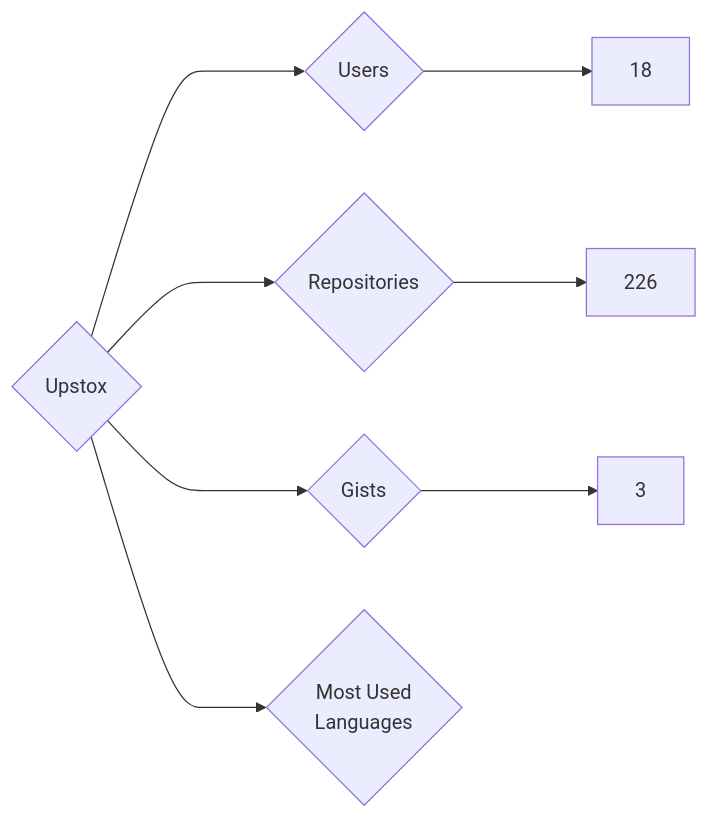
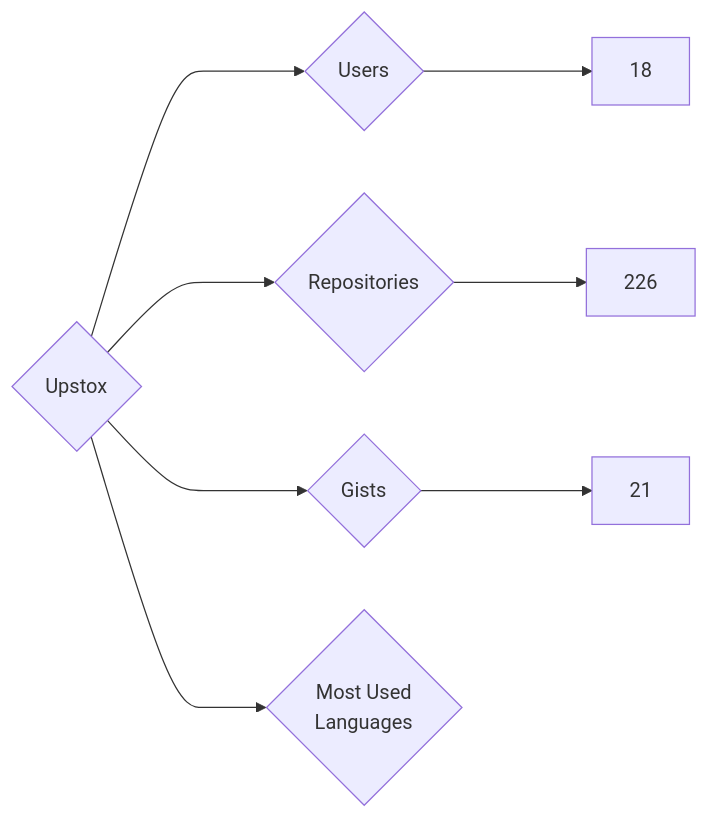
Before and after one commit to nenadzaric/insiders: the diagram in targets/Upstox/README.md, drawn with Mermaid. The commit also changed 1342 other files, not shown here.

````diff
--- a/targets/Upstox/README.md
+++ b/targets/Upstox/README.md
@@ -3,8 +3,8 @@
 ```mermaid
 graph LR
 COMPANY_NAME{Upstox}
 COMPANY_NAME ---> U{Users} ---> UN[18]
 COMPANY_NAME ---> R{Repositories} ---> RN[226]
-COMPANY_NAME ---> G{Gists} ---> GN[3]
+COMPANY_NAME ---> G{Gists} ---> GN[21]
 COMPANY_NAME ---> ML{Most Used<br>Languages}
 ```
````
